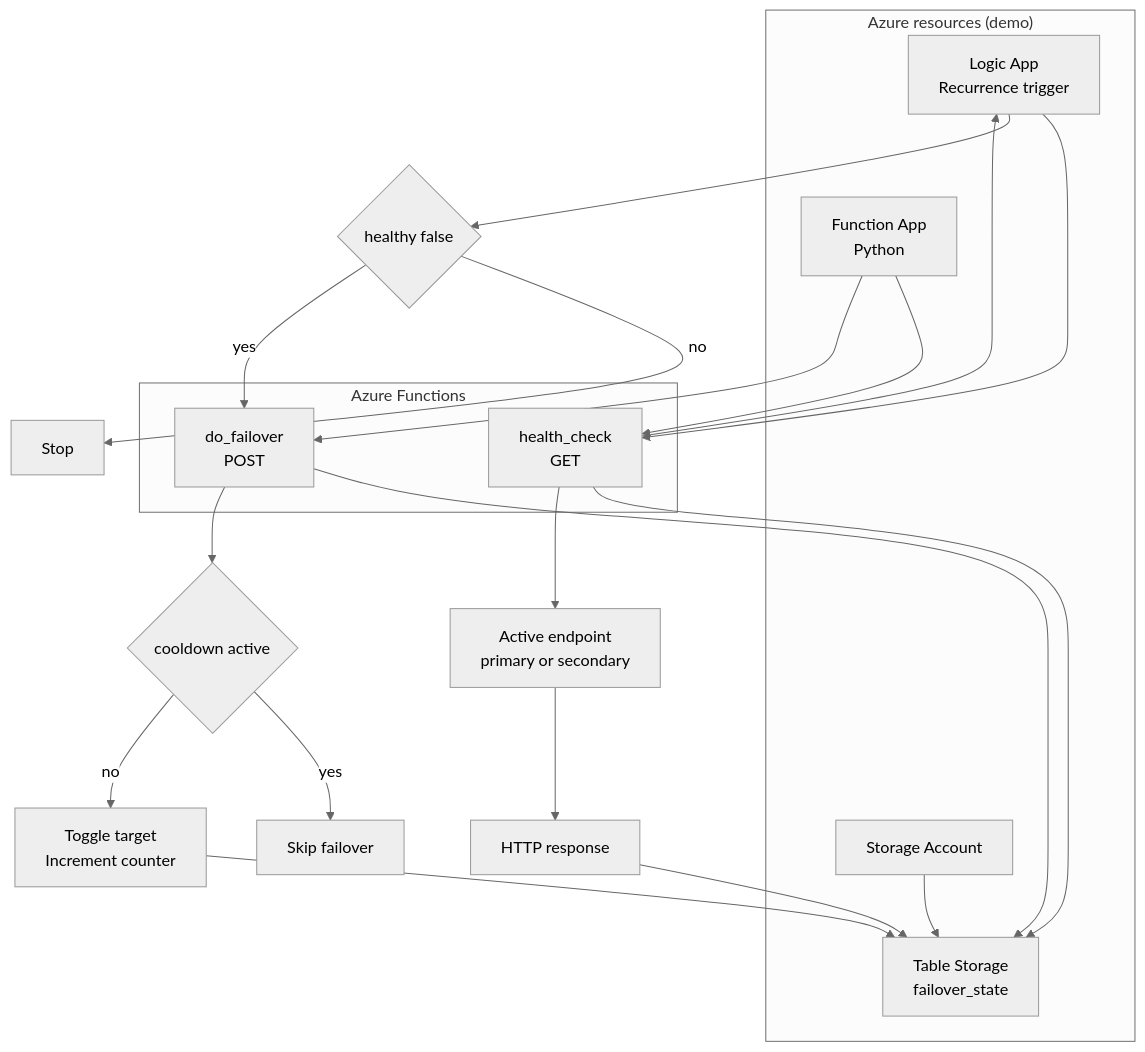
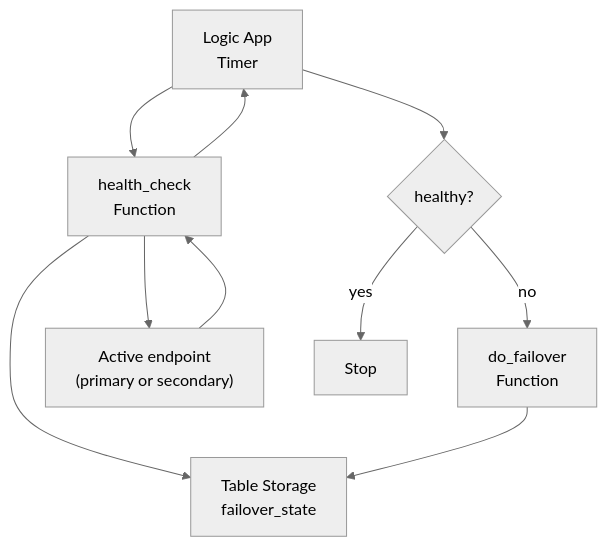
The diagram in azure-failover-orchestrator/README.md (ghassenmiled/Devoteam-MCloud), drawn with Mermaid (neutral theme) before and after one commit. The commit also changed other lines of this file, not shown here.

````diff
--- a/azure-failover-orchestrator/README.md
+++ b/azure-failover-orchestrator/README.md
@@ -24,36 +33,21 @@
 ```mermaid
 flowchart TD
 
-  subgraph Azure["Azure resources (demo)"]
-    LA["Logic App<br/>Recurrence trigger"]
-    FA["Function App<br/>Python"]
-    ST["Storage Account"]
-    TBL["Table Storage<br/>failover_state"]
-  end
-
-  subgraph Functions["Azure Functions"]
-    HC["health_check<br/>GET"]
-    DF["do_failover<br/>POST"]
-  end
-
-  ST --> TBL
-  FA --> HC
-  FA --> DF
+  LA["Logic App<br/>Timer"]
+  HC["health_check<br/>Function"]
+  DF["do_failover<br/>Function"]
+  TBL["Table Storage<br/>failover_state"]
+  EP["Active endpoint<br/>(primary or secondary)"]
 
   LA --> HC
+  HC --> EP
+  EP --> HC
   HC --> TBL
-  HC --> EP["Active endpoint<br/>primary or secondary"]
-  EP --> RES["HTTP response"]
-  RES --> TBL
   HC --> LA
 
-  LA --> DEC{healthy false}
-  DEC -->|no| ENDOK["Stop"]
-  DEC -->|yes| DF
+  LA --> DEC{healthy?}
+  DEC -->|yes| END["Stop"]
+  DEC -->|no| DF
 
   DF --> TBL
-  DF --> COOLDOWN{cooldown active}
-  COOLDOWN -->|yes| SKIP["Skip failover"]
-  COOLDOWN -->|no| SWITCH["Toggle target<br/>Increment counter"]
-  SWITCH --> TBL
 ```
````
